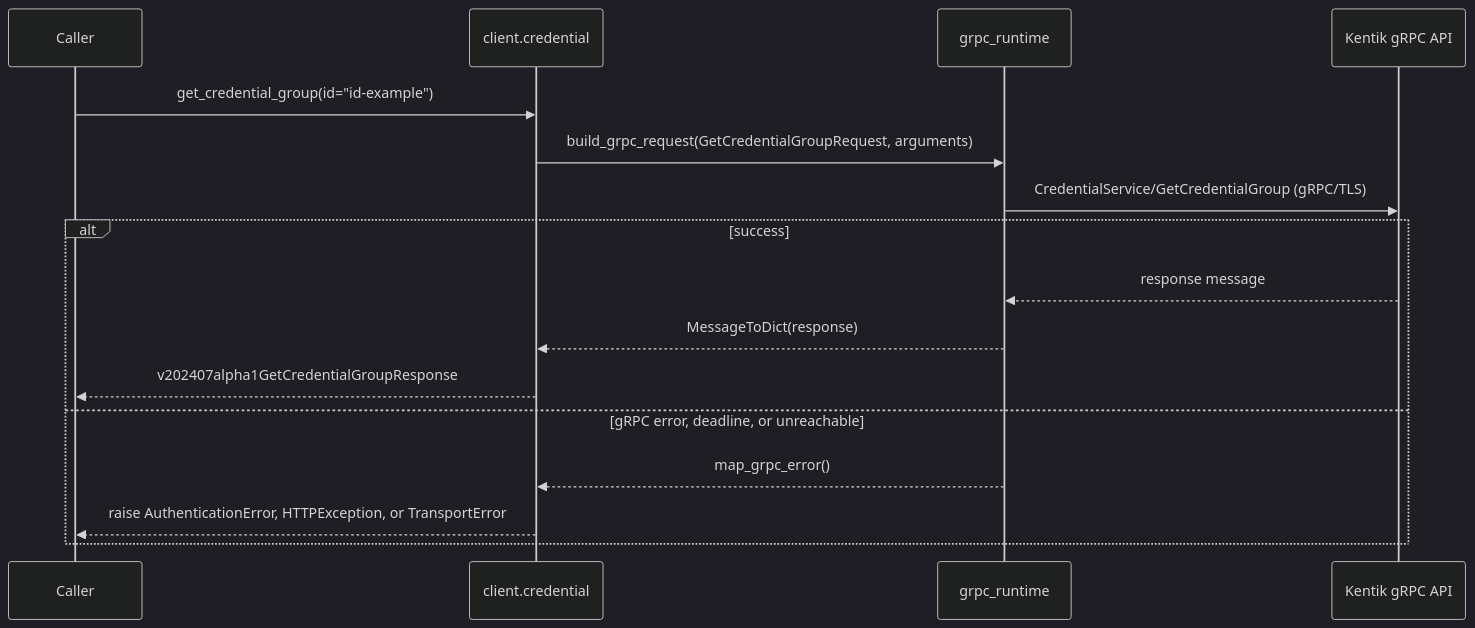
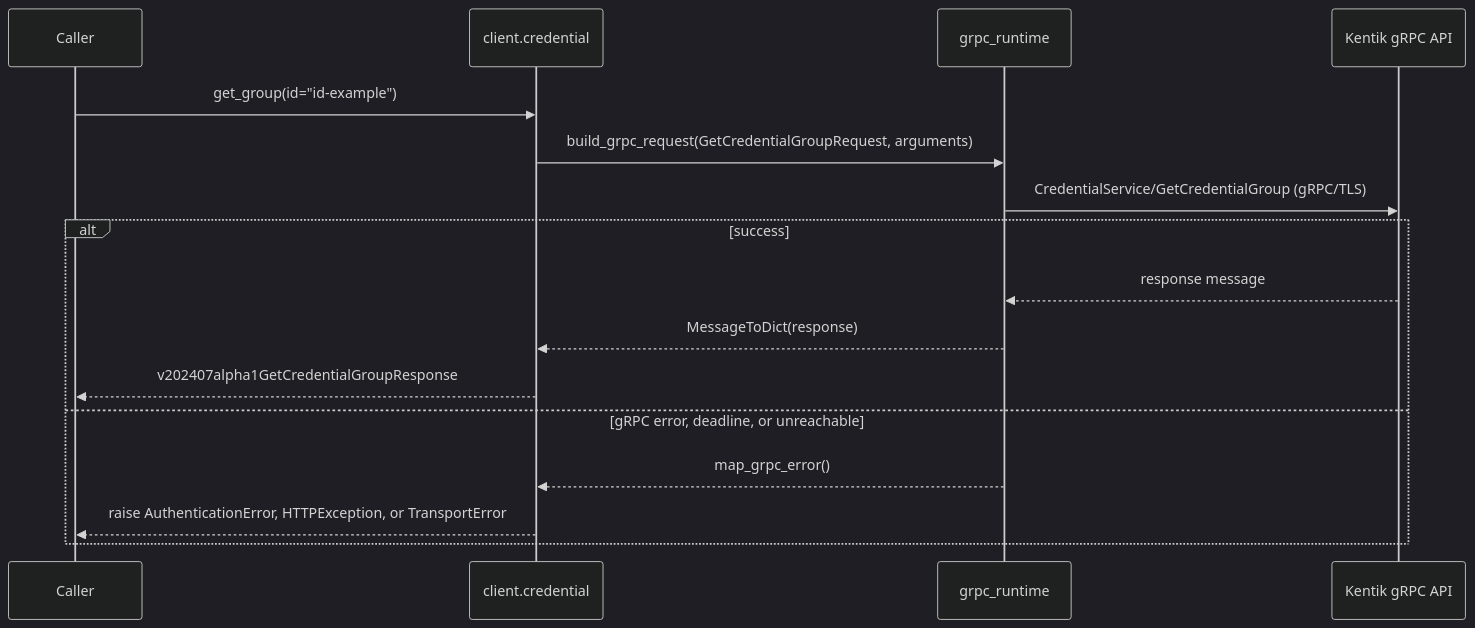
The fifth of 6 diagrams in docs/sphinx/services/credential.md (alexdearaujo/community_sdk_python), drawn with Mermaid (dark theme) before and after one commit. The commit also changed other lines of this file and 28 other files, not shown here.

````diff
--- a/docs/sphinx/services/credential.md
+++ b/docs/sphinx/services/credential.md
@@ -127,19 +127,19 @@
 ```mermaid
 sequenceDiagram
     participant C as Caller
     participant W as client.credential
     participant R as grpc_runtime
     participant API as Kentik gRPC API
 
-    C->>W: get_credential_group(id="id-example")
+    C->>W: get_group(id="id-example")
     W->>R: build_grpc_request(GetCredentialGroupRequest, arguments)
     R->>API: CredentialService/GetCredentialGroup (gRPC/TLS)
     alt success
         API-->>R: response message
         R-->>W: MessageToDict(response)
         W-->>C: v202407alpha1GetCredentialGroupResponse
     else gRPC error, deadline, or unreachable
         R-->>W: map_grpc_error()
         W-->>C: raise AuthenticationError, HTTPException, or TransportError
     end
 ```
````
